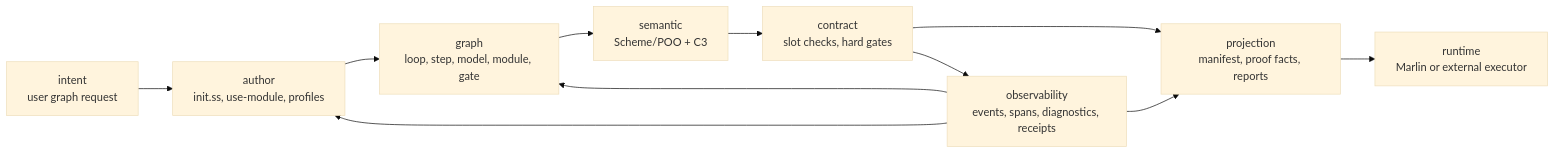
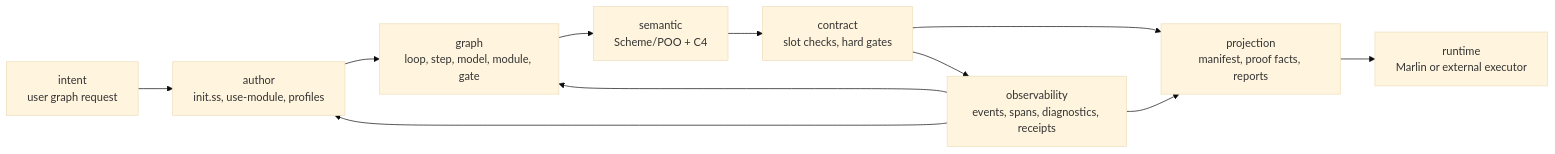
The diagram in docs/10-19-design/10.06-poo-module-system/58-p0-boundary-namespace-design.org (tao3k/poo-flow), drawn with Mermaid (base theme) before and after one commit. The commit also changed other lines of this file and 514 other files, not shown here.

```diff
--- a/docs/10-19-design/10.06-poo-module-system/58-p0-boundary-namespace-design.org
+++ b/docs/10-19-design/10.06-poo-module-system/58-p0-boundary-namespace-design.org
@@ -44,16 +44,16 @@
 #+begin_src mermaid
 flowchart LR
   Intent["intent\nuser graph request"]
   Author["author\ninit.ss, use-module, profiles"]
   Graph["graph\nloop, step, model, module, gate"]
-  Semantic["semantic\nScheme/POO + C3"]
+  Semantic["semantic\nScheme/POO + C4"]
   Contract["contract\nslot checks, hard gates"]
   Observability["observability\nevents, spans, diagnostics, receipts"]
   Projection["projection\nmanifest, proof facts, reports"]
   Runtime["runtime\nMarlin or external executor"]
   Intent --> Author --> Graph --> Semantic --> Contract --> Projection --> Runtime
   Contract --> Observability
   Observability --> Author
   Observability --> Graph
   Observability --> Projection
 #+end_src
```
